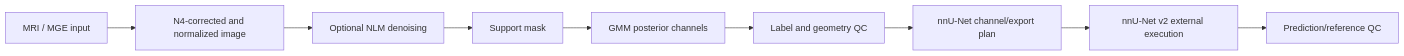
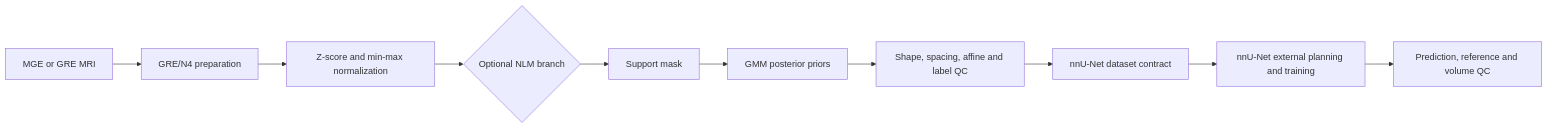
One commit to MohammedJamalDawoud/organoid-mri-segmentation-nnunet changed the first of 2 diagrams in README.md. Above: the diagram before and after it, drawn with Mermaid. The commit also changed other lines of this file and 4 other files, not shown here.

````diff
--- a/README.md
+++ b/README.md
@@ -9,11 +22,12 @@
-```mermaid
+~~~mermaid
 flowchart LR
-    A[MRI / MGE input] --> B[N4-corrected and normalized image]
-    B --> C[Optional NLM denoising]
-    C --> D[Support mask]
-    D --> E[GMM posterior channels]
-    E --> F[Label and geometry QC]
-    F --> G[nnU-Net channel/export plan]
-    G --> H[nnU-Net v2 external execution]
-    H --> I[Prediction/reference QC]
-```
+    A[MGE or GRE MRI] --> B[GRE/N4 preparation]
+    B --> C[Z-score and min-max normalization]
+    C --> D{Optional NLM branch}
+    D --> E[Support mask]
+    E --> F[GMM posterior priors]
+    F --> G[Shape, spacing, affine and label QC]
+    G --> H[nnU-Net dataset contract]
+    H --> I[nnU-Net external planning and training]
+    I --> J[Prediction, reference and volume QC]
+~~~
````
